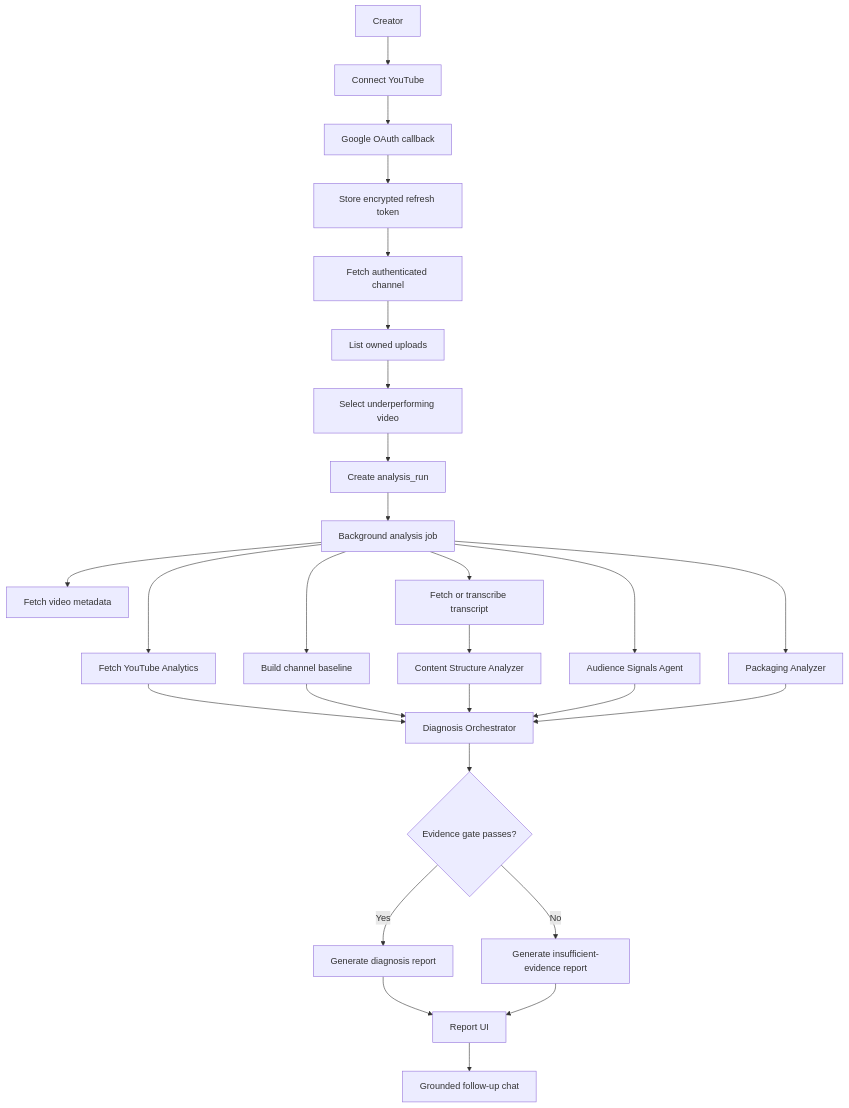
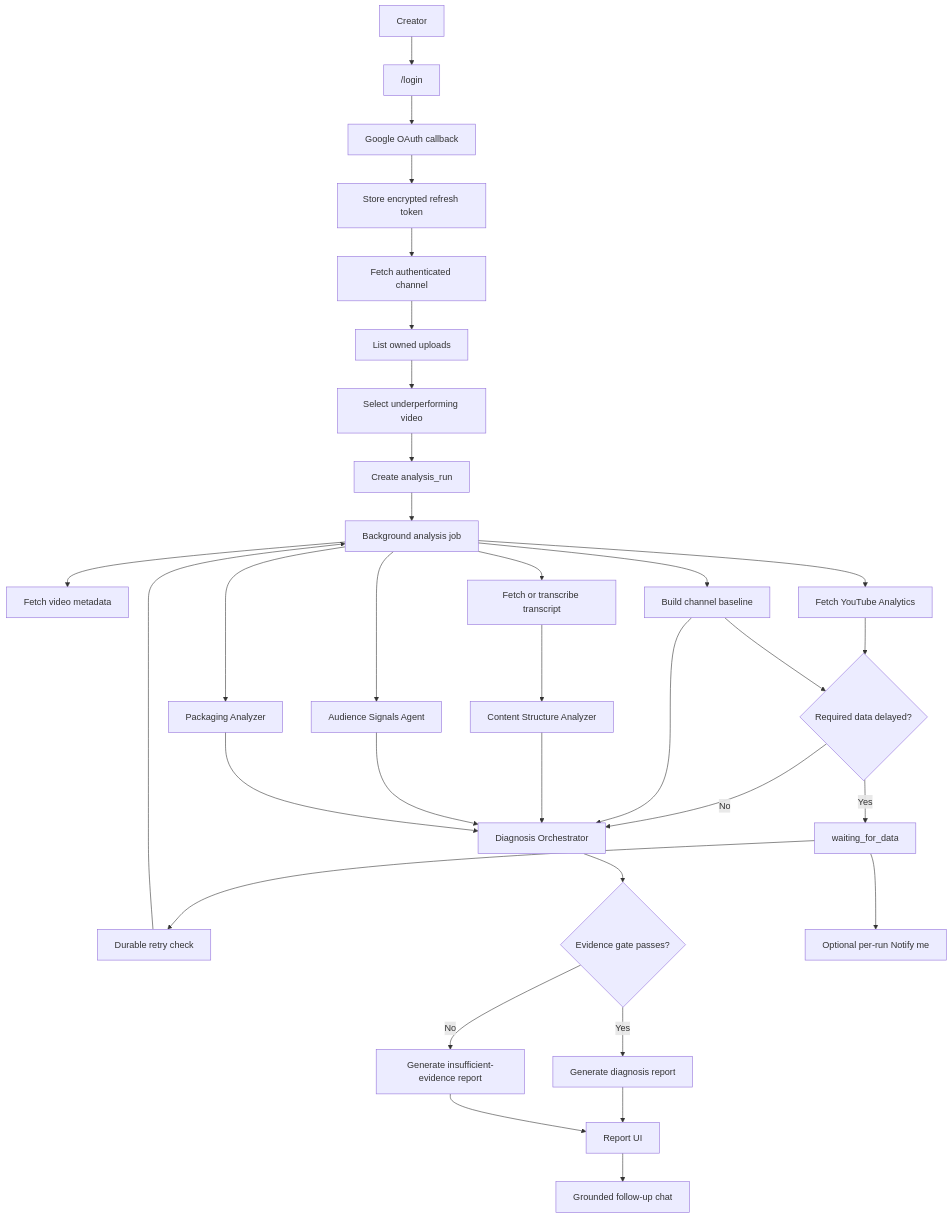
One commit to nirmaljb/CreatorGPT changed the diagram in .codex/ARCHITECTURE.md. Above: the diagram before and after it, drawn with Mermaid. The commit also changed other lines of this file and 23 other files, not shown here.

Commit message:
feat: implement YouTube OAuth login flow with session management and FAQ updates

````diff
--- a/.codex/ARCHITECTURE.md
+++ b/.codex/ARCHITECTURE.md
@@ -28,32 +48,38 @@
 ```mermaid
 flowchart TD
-    user["Creator"] --> login["Connect YouTube"]
+    user["Creator"] --> login["/login"]
     login --> oauth["Google OAuth callback"]
     oauth --> token["Store encrypted refresh token"]
     token --> channel["Fetch authenticated channel"]
     channel --> videos["List owned uploads"]
     videos --> select["Select underperforming video"]
     select --> run["Create analysis_run"]
     run --> job["Background analysis job"]
 
     job --> metadata["Fetch video metadata"]
     job --> analytics["Fetch YouTube Analytics"]
     job --> baseline["Build channel baseline"]
     job --> transcript["Fetch or transcribe transcript"]
     job --> comments["Audience Signals Agent"]
     job --> packaging["Packaging Analyzer"]
 
-    analytics --> diagnosis["Diagnosis Orchestrator"]
+    analytics --> wait{"Required data delayed?"}
+    baseline --> wait
+    wait -->|Yes| waiting["waiting_for_data"]
+    waiting --> retry["Durable retry check"]
+    retry --> job
+    wait -->|No| diagnosis["Diagnosis Orchestrator"]
     baseline --> diagnosis
     transcript --> structure["Content Structure Analyzer"]
     structure --> diagnosis
     comments --> diagnosis
     packaging --> diagnosis
 
     diagnosis --> gate{"Evidence gate passes?"}
     gate -->|Yes| report["Generate diagnosis report"]
     gate -->|No| insufficient["Generate insufficient-evidence report"]
     report --> ui["Report UI"]
     insufficient --> ui
     ui --> chat["Grounded follow-up chat"]
+    waiting --> notify["Optional per-run Notify me"]
 ```
````
